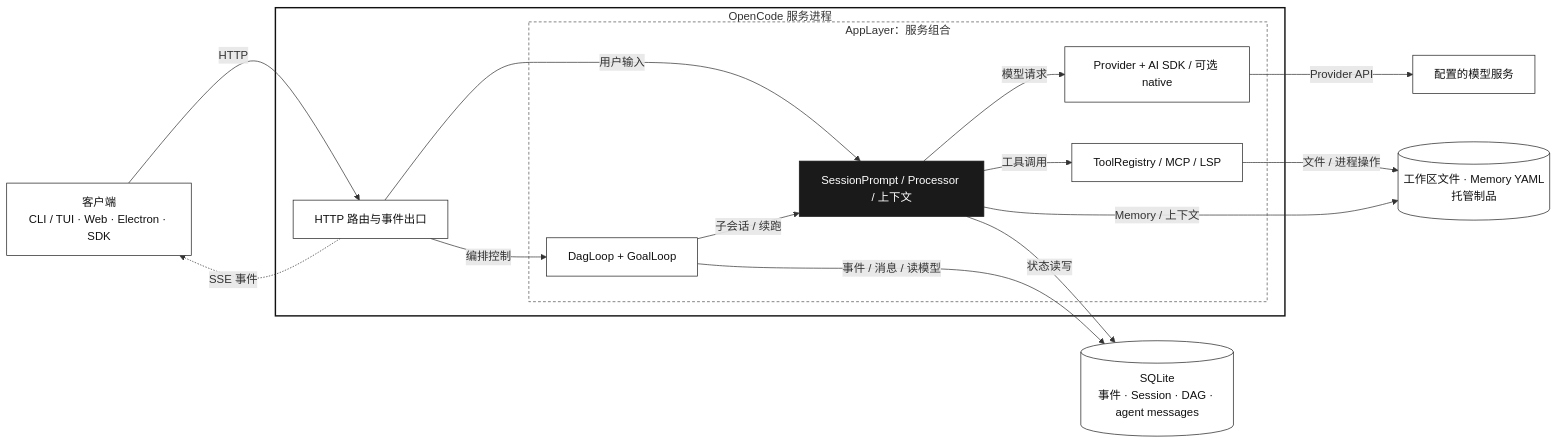
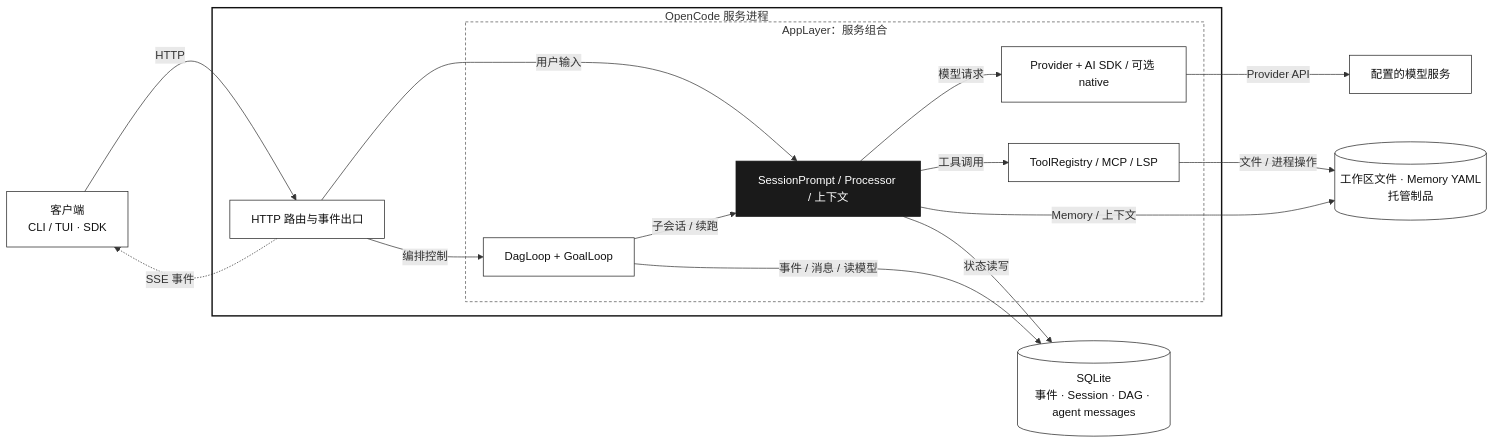
The diagram in docs/architecture.md (LeXwDeX/GraphAgent), drawn with Mermaid before and after one commit. The commit also changed other lines of this file and 4003 other files, not shown here.

````diff
--- a/docs/architecture.md
+++ b/docs/architecture.md
@@ -11,38 +11,38 @@
 ```mermaid
 flowchart LR
-  clients["客户端<br/>CLI / TUI · Web · Electron · SDK"]
+  clients["客户端<br/>CLI / TUI · SDK"]
 
   subgraph host["OpenCode 服务进程"]
     api["HTTP 路由与事件出口"]
     subgraph appLayer["AppLayer：服务组合"]
       orchestrator["DagLoop + GoalLoop"]
       session["SessionPrompt / Processor / 上下文"]
       models["Provider + AI SDK / 可选 native"]
       tools["ToolRegistry / MCP / LSP"]
     end
   end
 
   external["配置的模型服务"]
   db[("SQLite<br/>事件 · Session · DAG · agent messages")]
   files[("工作区文件 · Memory YAML<br/>托管制品")]
 
   clients -->|HTTP| api
   api -.->|SSE 事件| clients
   api -->|用户输入| session
   api -->|编排控制| orchestrator
   orchestrator -->|子会话 / 续跑| session
   session -->|模型请求| models
   models -->|Provider API| external
   session -->|工具调用| tools
   tools -->|文件 / 进程操作| files
   session -->|状态读写| db
   orchestrator -->|事件 / 消息 / 读模型| db
   session -->|Memory / 上下文| files
 
   classDef mono fill:#fff,stroke:#222,color:#111,stroke-width:1px;
   classDef focus fill:#1a1a1a,stroke:#1a1a1a,color:#fff,stroke-width:1px;
   class clients,api,orchestrator,session,models,tools,external,db,files mono;
   class session focus;
   style host fill:#fff,stroke:#111,stroke-width:2px;
   style appLayer fill:#fff,stroke:#555,stroke-dasharray:4 3;
 ```
````
